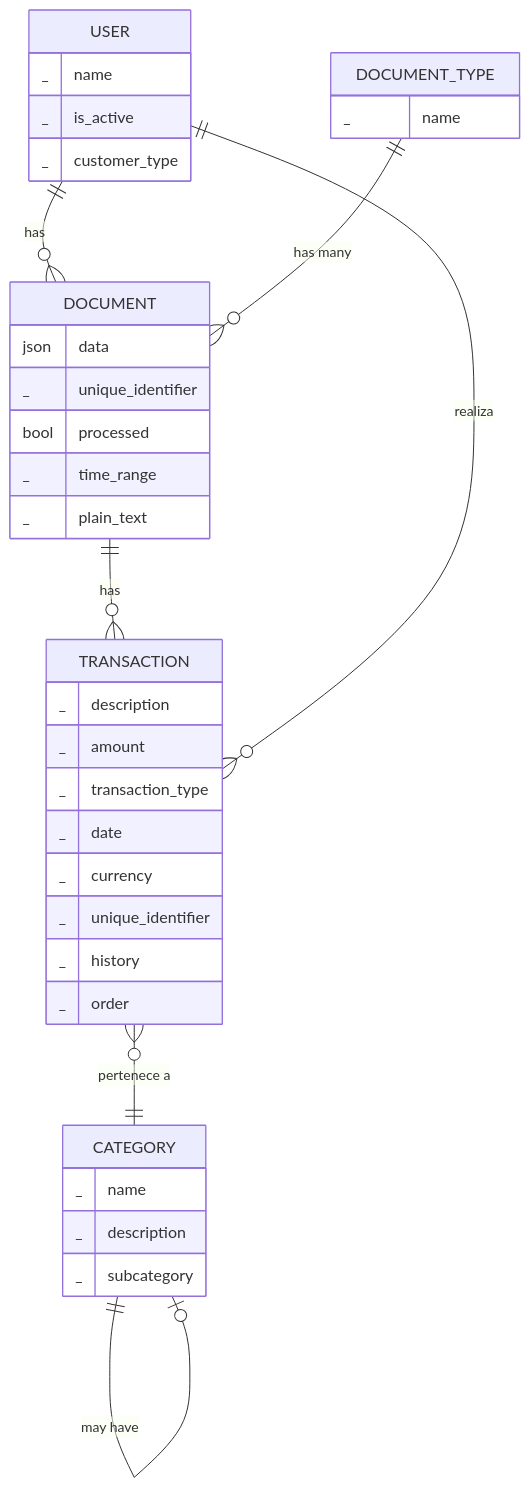
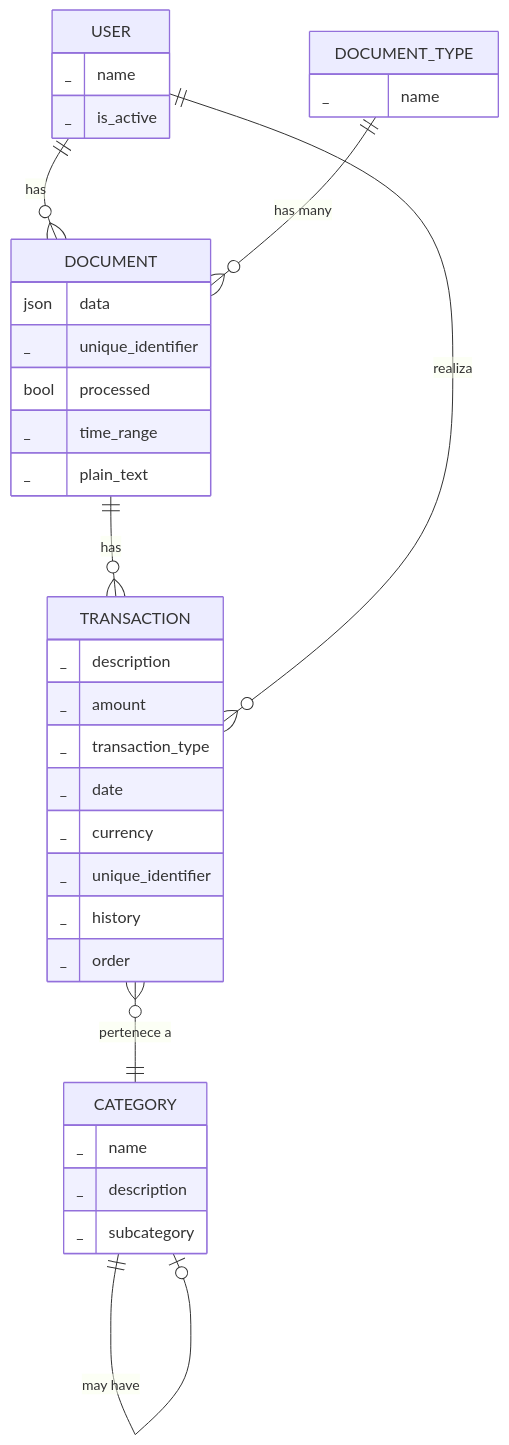
Before and after one commit to josueelias9/improving-BCP-organizate: the diagram in new-service/UML.md, drawn with Mermaid. The commit also changed 4 other files, not shown here.

Commit message:
feat: clean up launch configurations, remove unused scripts, and update UML diagram

````diff
--- a/new-service/UML.md
+++ b/new-service/UML.md
@@ -5,48 +5,47 @@
 ```mermaid
 erDiagram
     USER {
         _ name
         _ is_active
-        _ customer_type
     }
 
     TRANSACTION {
         _ description
         _ amount
         _ transaction_type
         _ date
         _ currency
         _ unique_identifier 
         _ history
         _ order
     }
 
     CATEGORY {
         _ name
         _ description
         _ subcategory
     }
 
     DOCUMENT_TYPE {
         _ name
     }
 
 
 
     DOCUMENT {
         json data
         _ unique_identifier
         bool processed
         _ time_range
         _ plain_text
     }
 
 
     %% Relaciones
     USER ||--o{ DOCUMENT : "has"
     DOCUMENT ||--o{ TRANSACTION : "has"
     USER ||--o{ TRANSACTION : "realiza"
     TRANSACTION }o--|| CATEGORY : "pertenece a"
     CATEGORY ||--o| CATEGORY : "may have"
     DOCUMENT_TYPE ||--o{ DOCUMENT : "has many"
 ```
````
